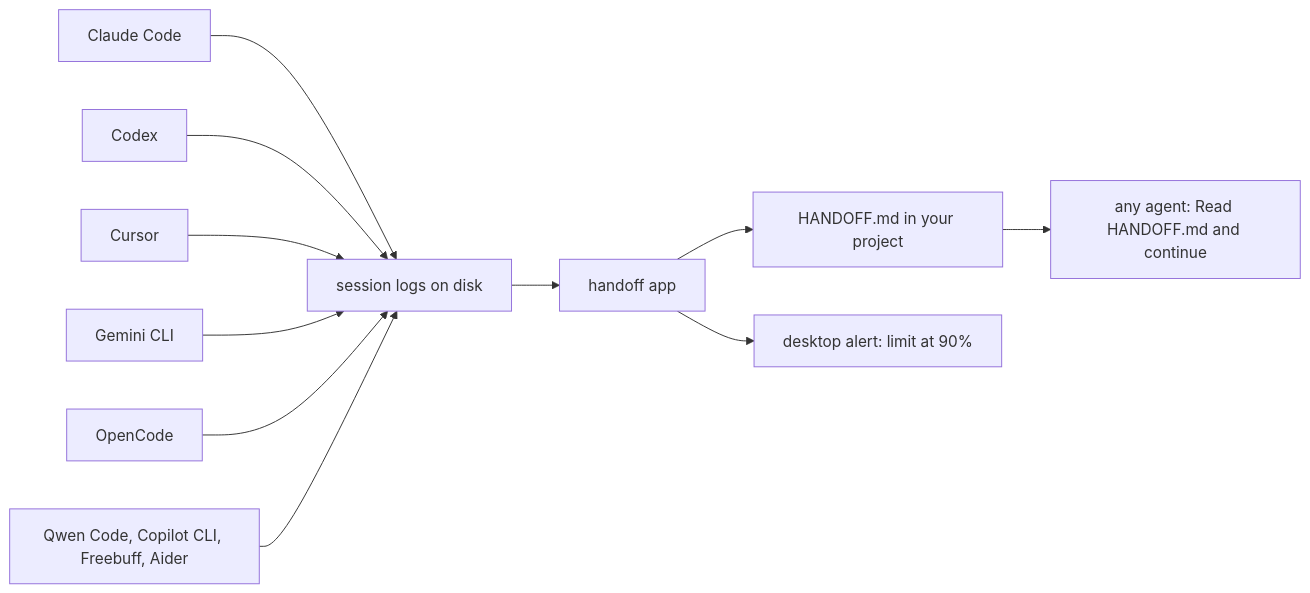
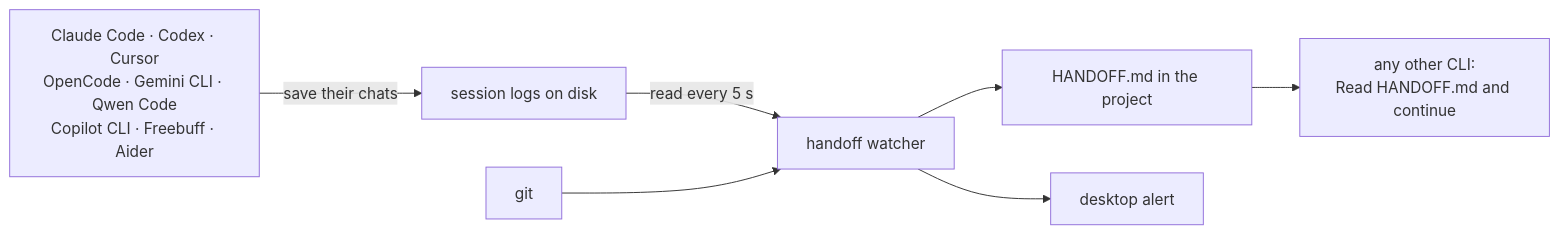
One commit to chentaymane/handOff changed the diagram in README.md. Above: the diagram before and after it, drawn with Mermaid. The commit also changed other lines of this file and 4 other files, not shown here.

````diff
--- a/README.md
+++ b/README.md
@@ -26,13 +192,9 @@
 ```mermaid
 flowchart LR
-    A["Claude Code"] --> L["session logs on disk"]
-    B["Codex"] --> L
-    C["Cursor"] --> L
-    D["Gemini CLI"] --> L
-    E["OpenCode"] --> L
-    G["Qwen Code, Copilot CLI, Freebuff, Aider"] --> L
-    L --> H["handoff app"]
-    H --> F["HANDOFF.md in your project"]
-    H --> N["desktop alert: limit at 90%"]
-    F --> X["any agent: Read HANDOFF.md and continue"]
+    A["Claude Code · Codex · Cursor<br/>OpenCode · Gemini CLI · Qwen Code<br/>Copilot CLI · Freebuff · Aider"] -->|save their chats| L["session logs on disk"]
+    L -->|read every 5 s| H["handoff watcher"]
+    G["git"] --> H
+    H --> F["HANDOFF.md in the project"]
+    H --> N["desktop alert"]
+    F --> X["any other CLI:<br/>Read HANDOFF.md and continue"]
 ```
````
